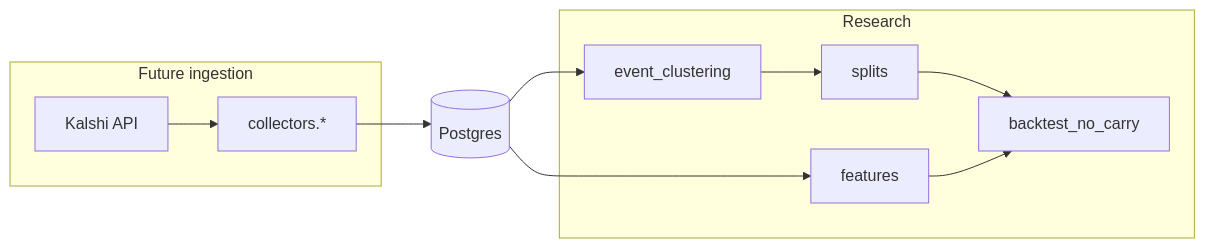
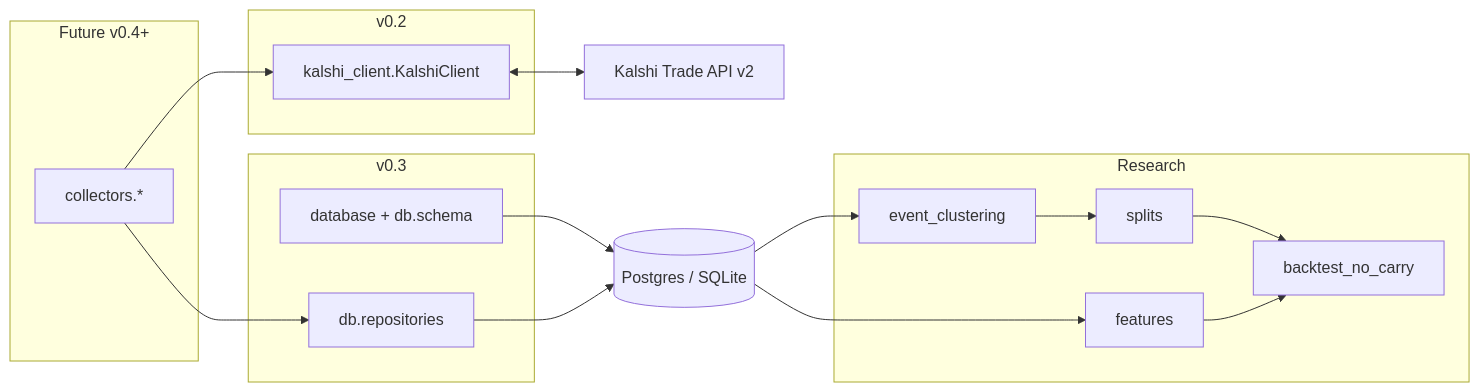
One commit to aryanbonigala/No-Contracts changed the diagram in docs/ARCHITECTURE.md. Above: the diagram before and after it, drawn with Mermaid. The commit also changed other lines of this file and 21 other files, not shown here.

Commit message:
v0.3 Postgres persistence layer

````diff
--- a/docs/ARCHITECTURE.md
+++ b/docs/ARCHITECTURE.md
@@ -11,21 +11,31 @@
 ```mermaid
 flowchart LR
-  subgraph ingest [Future ingestion]
-    API[Kalshi API]
+  subgraph client [v0.2]
+    KC[kalshi_client.KalshiClient]
+  end
+  subgraph persistence [v0.3]
+    DBL[database + db.schema]
+    REP[db.repositories]
+  end
+  API[Kalshi Trade API v2]
+  KC <--> API
+  DB[(Postgres / SQLite)]
+  DBL --> DB
+  REP --> DB
+  subgraph ingest [Future v0.4+]
     C[collectors.*]
-    API --> C
   end
-  DB[(Postgres)]
-  C --> DB
+  C --> KC
+  C --> REP
   subgraph research [Research]
     CL[event_clustering]
     SP[splits]
     FE[features]
     BT[backtest_no_carry]
   end
   DB --> CL
   CL --> SP
   DB --> FE
   SP --> BT
   FE --> BT
 ```
````
